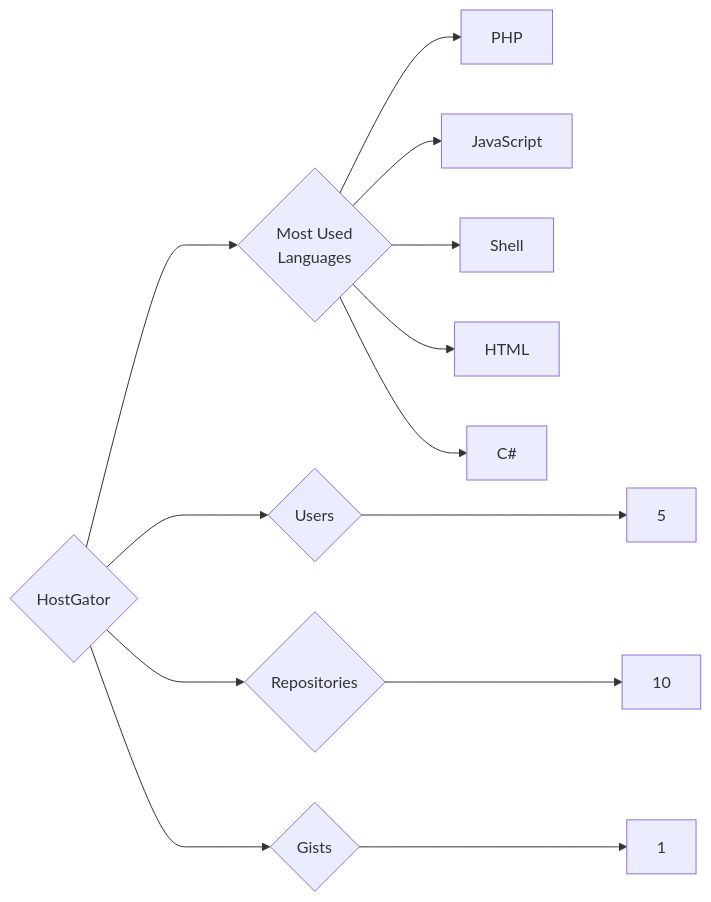
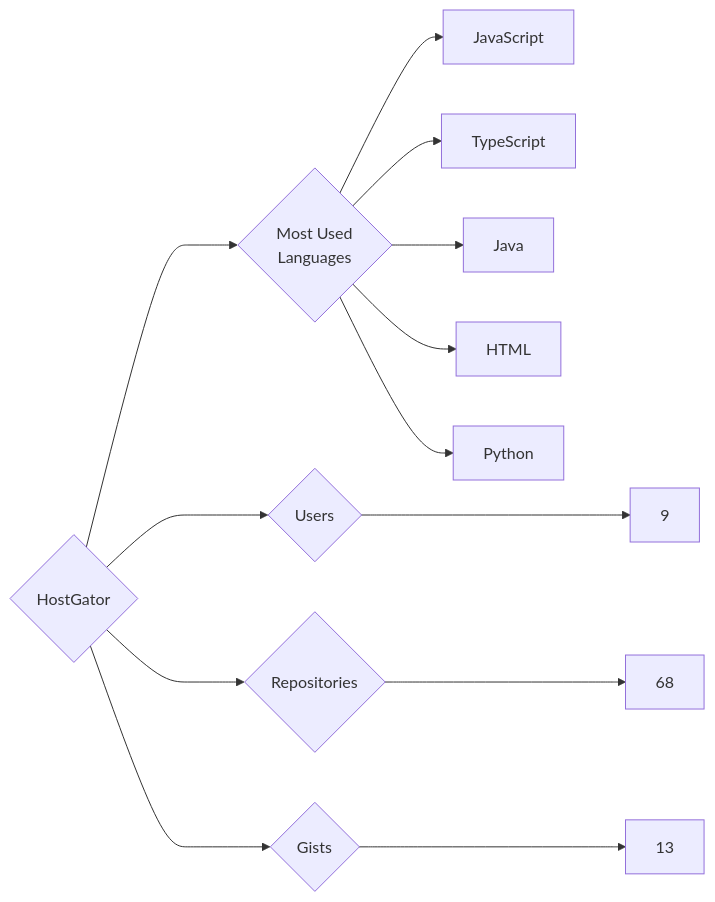
Before and after one commit to trickest/insiders: the diagram in targets/HostGator/README.md, drawn with Mermaid. The commit also changed 1120 other files, not shown here.

````diff
--- a/targets/HostGator/README.md
+++ b/targets/HostGator/README.md
@@ -3,13 +3,13 @@
 ```mermaid
 graph LR
 COMPANY_NAME{HostGator}
-COMPANY_NAME ---> U{Users} ---> UN[5]
-COMPANY_NAME ---> R{Repositories} ---> RN[10]
-COMPANY_NAME ---> G{Gists} ---> GN[1]
+COMPANY_NAME ---> U{Users} ---> UN[9]
+COMPANY_NAME ---> R{Repositories} ---> RN[68]
+COMPANY_NAME ---> G{Gists} ---> GN[13]
 COMPANY_NAME ---> ML{Most Used<br>Languages}
-ML --> PHP[PHP]
 ML --> JavaScript[JavaScript]
-ML --> Shell[Shell]
+ML --> TypeScript[TypeScript]
+ML --> Java[Java]
 ML --> HTML[HTML]
-ML --> C#[C#]
+ML --> Python[Python]
 ```
````
